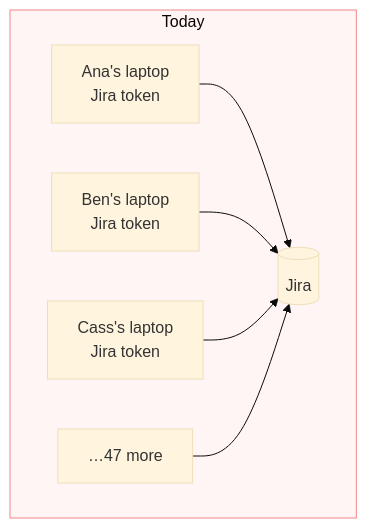
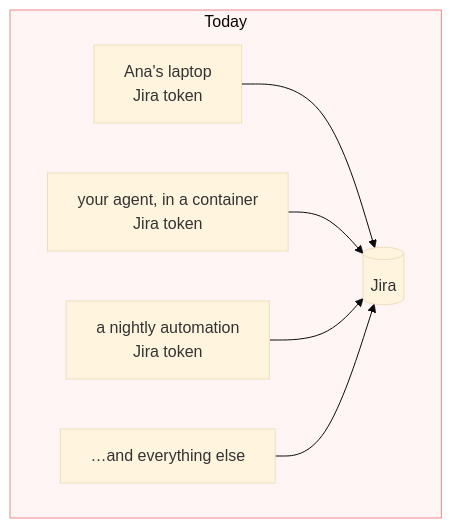
Before and after one commit to carnet-mcp/carnet: the first of 3 diagrams in README.md, drawn with Mermaid (base theme). The commit also changed other lines of this file, not shown here.

````diff
--- a/README.md
+++ b/README.md
@@ -17,11 +20,11 @@
 ```mermaid
 flowchart LR
     subgraph L[" Today "]
         direction LR
         A1["Ana's laptop<br/>Jira token"] --> J[(Jira)]
-        A2["Ben's laptop<br/>Jira token"] --> J
-        A3["Cass's laptop<br/>Jira token"] --> J
-        A4["…47 more"] --> J
+        A2["your agent, in a container<br/>Jira token"] --> J
+        A3["a nightly automation<br/>Jira token"] --> J
+        A4["…and everything else"] --> J
     end
     style L fill:#fff5f5,stroke:#e88
 ```
````
